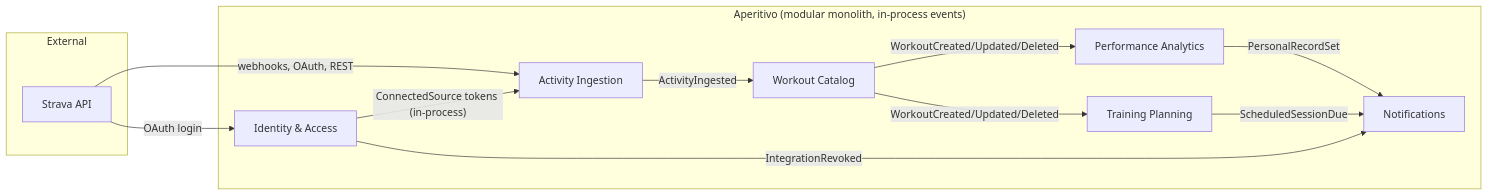
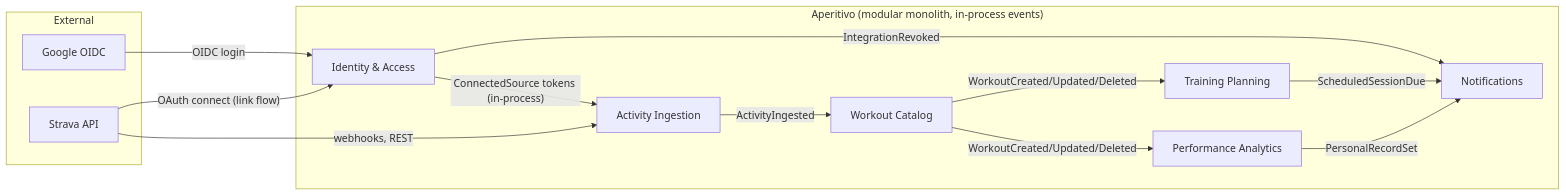
The diagram in docs/architecture/bounded-contexts.md (PrimaryInspection2/aperitivo), drawn with Mermaid before and after one commit. The commit also changed other lines of this file and 65 other files, not shown here.

Commit message:
sign in with Google (OIDC) and connect Strava as a data source from an authenticated session

````diff
--- a/docs/architecture/bounded-contexts.md
+++ b/docs/architecture/bounded-contexts.md
@@ -11,25 +11,27 @@
 ```mermaid
 flowchart LR
     subgraph External
+        Google[Google OIDC]
         Strava[Strava API]
     end
 
     subgraph Aperitivo["Aperitivo (modular monolith, in-process events)"]
         IAM[Identity & Access]
         ING[Activity Ingestion]
         CAT[Workout Catalog]
         ANA[Performance Analytics]
         PLAN[Training Planning]
         NOTIF[Notifications]
     end
 
-    Strava -- webhooks, OAuth, REST --> ING
-    Strava -- OAuth login --> IAM
+    Strava -- webhooks, REST --> ING
+    Google -- OIDC login --> IAM
+    Strava -- OAuth connect (link flow) --> IAM
     IAM -- ConnectedSource tokens (in-process) --> ING
     ING -- ActivityIngested --> CAT
     CAT -- WorkoutCreated/Updated/Deleted --> ANA
     CAT -- WorkoutCreated/Updated/Deleted --> PLAN
     ANA -- PersonalRecordSet --> NOTIF
     IAM -- IntegrationRevoked --> NOTIF
     PLAN -- ScheduledSessionDue --> NOTIF
 ```
````
